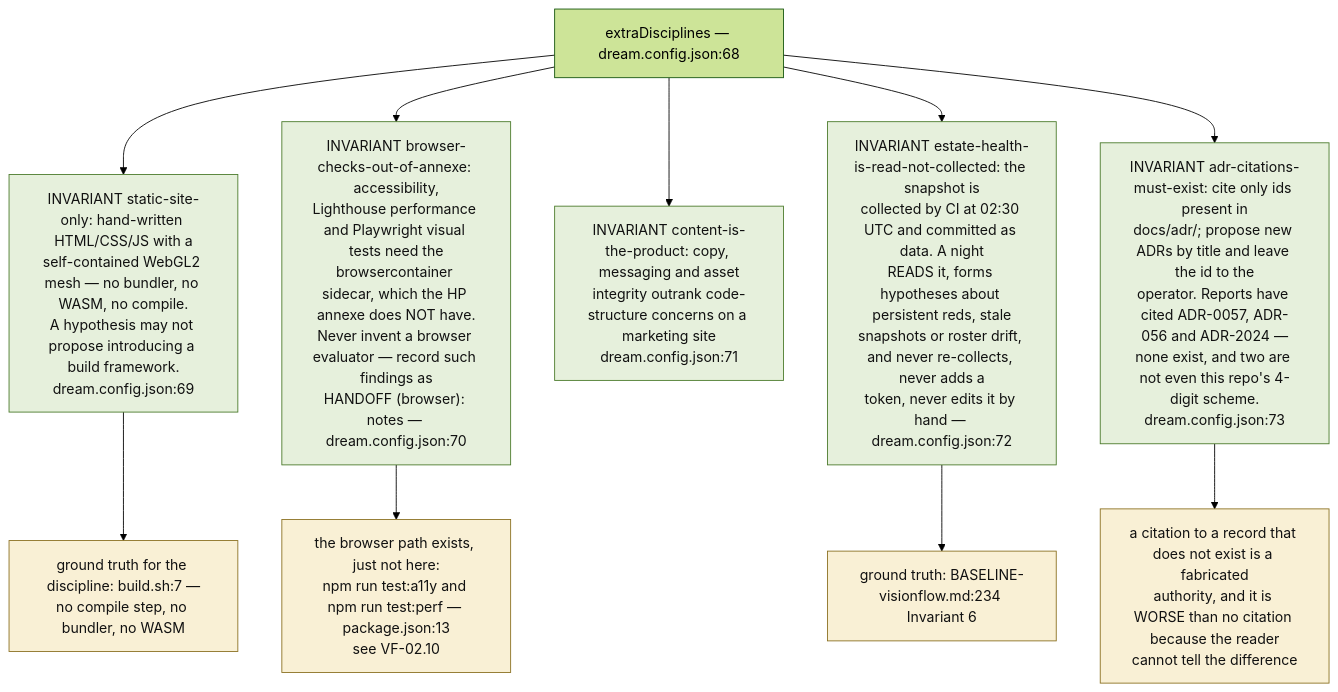
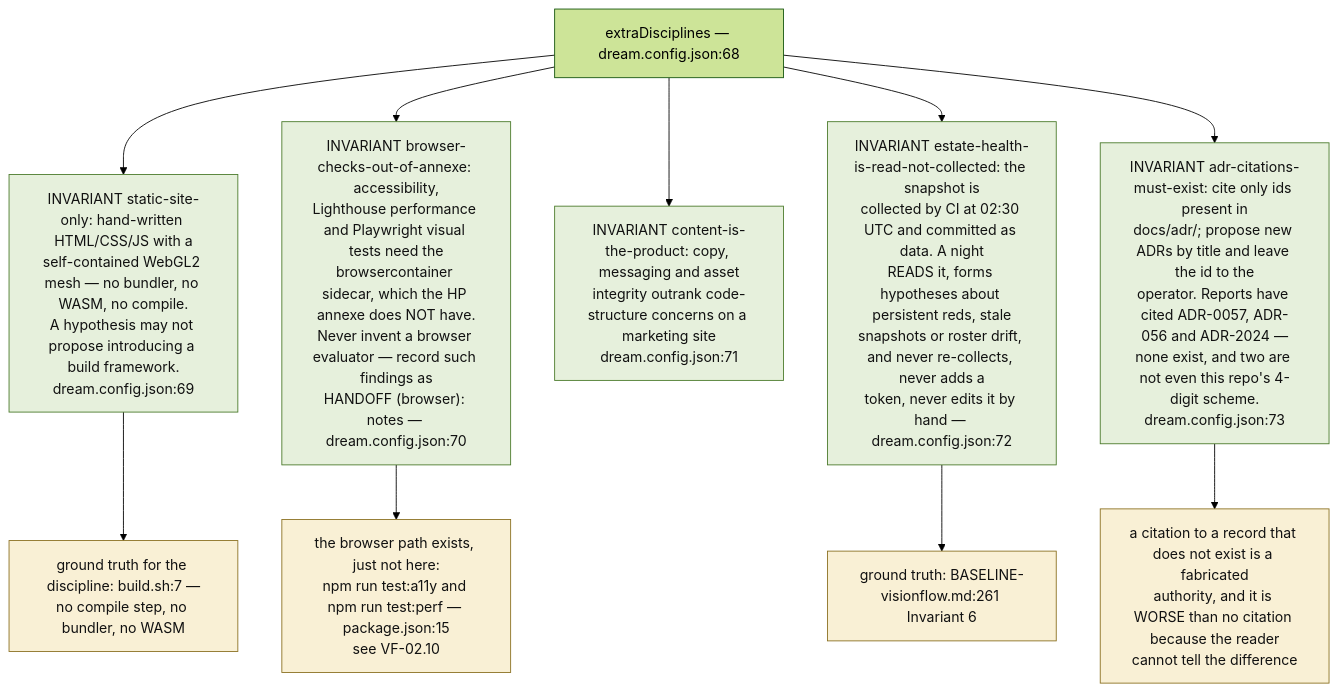
Before and after one commit to DreamLab-AI/VisionFlow: the sixth of 10 diagrams in docs/diagrams/visionflow/04-dream-cycle-integration.md, drawn with Mermaid (forest theme). The commit also changed other lines of this file and 7 other files, not shown here.

````diff
--- a/docs/diagrams/visionflow/04-dream-cycle-integration.md
+++ b/docs/diagrams/visionflow/04-dream-cycle-integration.md
@@ -187,18 +187,18 @@
 ```mermaid
 flowchart TB
     classDef inv fill:#e6f0dc,stroke:#4a7a2a,color:#111
     classDef warn fill:#f9f0d5,stroke:#8a7020,color:#111
 
     D["extraDisciplines — dream.config.json:68"]
 
     D --> G1["INVARIANT static-site-only: hand-written HTML/CSS/JS with a<br/>self-contained WebGL2 mesh — no bundler, no WASM, no compile.<br/>A hypothesis may not propose introducing a build framework.<br/>dream.config.json:69"]:::inv
     D --> G2["INVARIANT browser-checks-out-of-annexe: accessibility,<br/>Lighthouse performance and Playwright visual tests need the<br/>browsercontainer sidecar, which the HP annexe does NOT have.<br/>Never invent a browser evaluator — record such findings as<br/>HANDOFF (browser): notes — dream.config.json:70"]:::inv
     D --> G3["INVARIANT content-is-the-product: copy, messaging and asset<br/>integrity outrank code-structure concerns on a marketing site<br/>dream.config.json:71"]:::inv
     D --> G4["INVARIANT estate-health-is-read-not-collected: the snapshot is<br/>collected by CI at 02:30 UTC and committed as data. A night<br/>READS it, forms hypotheses about persistent reds, stale<br/>snapshots or roster drift, and never re-collects, never adds a<br/>token, never edits it by hand — dream.config.json:72"]:::inv
     D --> G5["INVARIANT adr-citations-must-exist: cite only ids present in<br/>docs/adr/; propose new ADRs by title and leave the id to the<br/>operator. Reports have cited ADR-0057, ADR-056 and ADR-2024 —<br/>none exist, and two are not even this repo's 4-digit scheme.<br/>dream.config.json:73"]:::inv
 
     G5 --> WHY["a citation to a record that does not exist is a fabricated<br/>authority, and it is WORSE than no citation because the reader<br/>cannot tell the difference"]:::warn
-    G2 --> LOCAL["the browser path exists, just not here:<br/>npm run test:a11y and npm run test:perf — package.json:13<br/>see VF-02.10"]:::warn
+    G2 --> LOCAL["the browser path exists, just not here:<br/>npm run test:a11y and npm run test:perf — package.json:15<br/>see VF-02.10"]:::warn
     G1 --> SRC["ground truth for the discipline: build.sh:7 —<br/>no compile step, no bundler, no WASM"]:::warn
-    G4 --> SRC2["ground truth: BASELINE-visionflow.md:234 Invariant 6"]:::warn
+    G4 --> SRC2["ground truth: BASELINE-visionflow.md:261 Invariant 6"]:::warn
 ```
````
